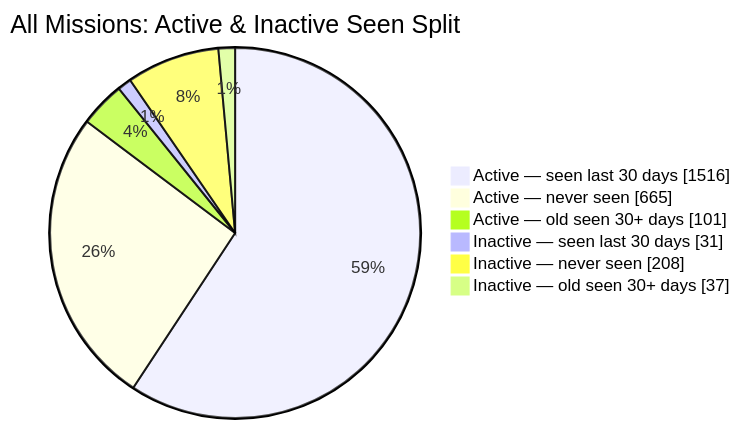
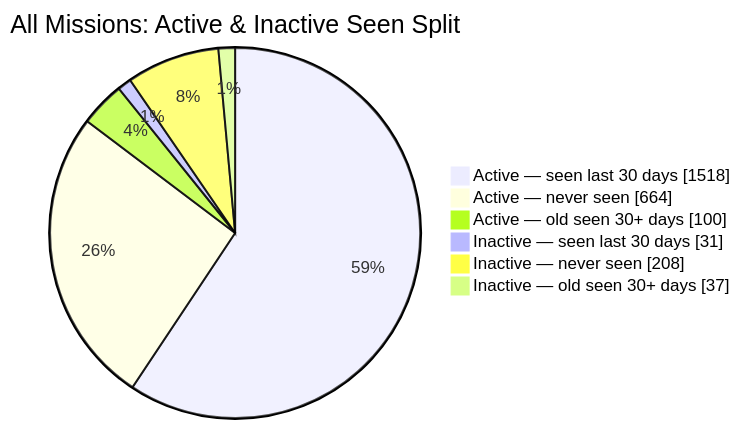
Before and after one commit to MeldkamerspelGameTeam/active-missions: the second of 2 diagrams in README.md, drawn with Mermaid. The commit also changed other lines of this file and 3 other files, not shown here.

````diff
--- a/README.md
+++ b/README.md
@@ -44,10 +44,10 @@
 ```mermaid
 pie showData
     title All Missions: Active & Inactive Seen Split
-    "Active — seen last 30 days" : 1516
-    "Active — never seen" : 665
-    "Active — old seen 30+ days" : 101
+    "Active — seen last 30 days" : 1518
+    "Active — never seen" : 664
+    "Active — old seen 30+ days" : 100
     "Inactive — seen last 30 days" : 31
     "Inactive — never seen" : 208
     "Inactive — old seen 30+ days" : 37
 ```
````
